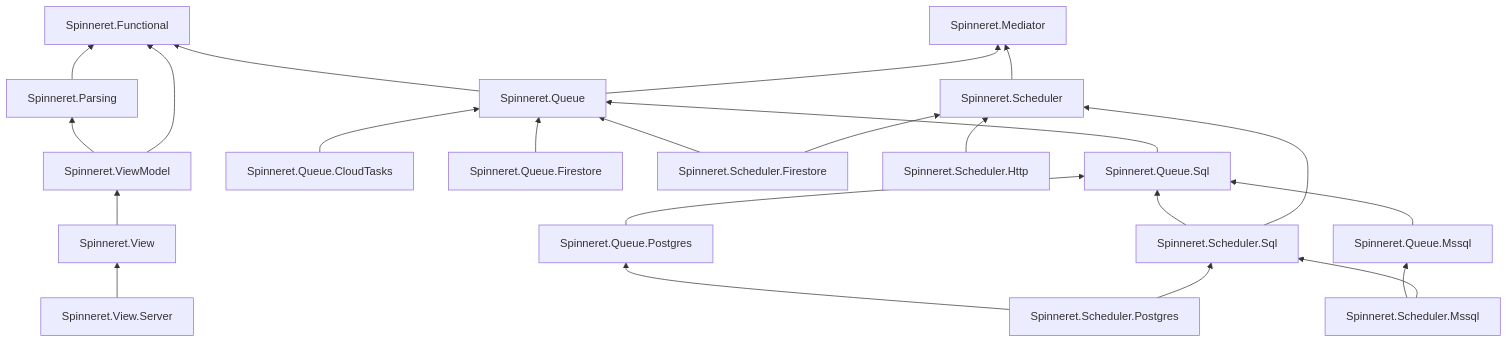
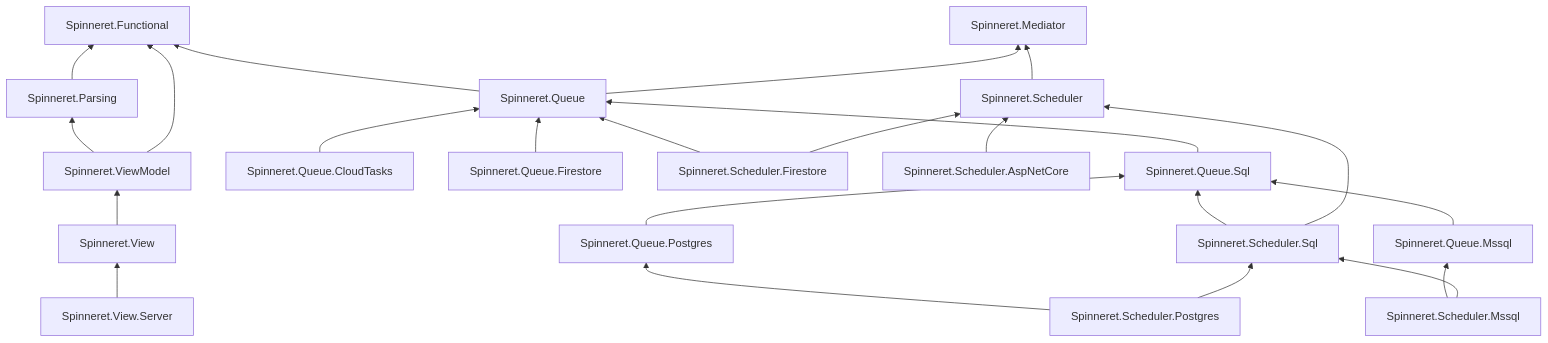
Before and after one commit to spinneret-net/spinneret: the diagram in README.md, drawn with Mermaid. The commit also changed other lines of this file and 24 other files, not shown here.

Commit message:
refactor(scheduler)!: rename Spinneret.Scheduler.Http to Spinneret.Scheduler.AspNetCore and describe each package plainly in the README

````diff
--- a/README.md
+++ b/README.md
@@ -277,21 +296,21 @@
 ```mermaid
 graph BT
   Functional["Spinneret.Functional"]
   Parsing["Spinneret.Parsing"] --> Functional
   Mediator["Spinneret.Mediator"]
   Queue["Spinneret.Queue"] --> Mediator & Functional
   QueueSql["Spinneret.Queue.Sql"] --> Queue
   QueueMssql["Spinneret.Queue.Mssql"] --> QueueSql
   QueuePostgres["Spinneret.Queue.Postgres"] --> QueueSql
   QueueCloudTasks["Spinneret.Queue.CloudTasks"] --> Queue
   QueueFirestore["Spinneret.Queue.Firestore"] --> Queue
   Scheduler["Spinneret.Scheduler"] --> Mediator
   SchedulerFirestore["Spinneret.Scheduler.Firestore"] --> Scheduler & Queue
   SchedulerSql["Spinneret.Scheduler.Sql"] --> Scheduler & QueueSql
   SchedulerMssql["Spinneret.Scheduler.Mssql"] --> SchedulerSql & QueueMssql
   SchedulerPostgres["Spinneret.Scheduler.Postgres"] --> SchedulerSql & QueuePostgres
-  SchedulerHttp["Spinneret.Scheduler.Http"] --> Scheduler
+  SchedulerAspNetCore["Spinneret.Scheduler.AspNetCore"] --> Scheduler
   ViewModel["Spinneret.ViewModel"] --> Functional & Parsing
   View["Spinneret.View"] --> ViewModel
   ViewServer["Spinneret.View.Server"] --> View
 ```
````
